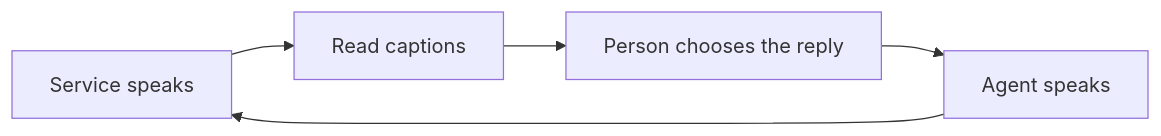
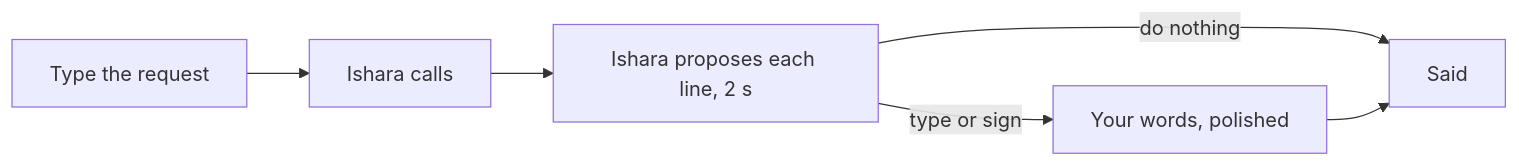
Before and after one commit to BishalJena/ishara: the diagram in docs/demo/SLIDES.md, drawn with Mermaid. The commit also changed other lines of this file and 297 other files, not shown here.

First line of the commit message:
README and docs: the steer call, an animated architecture, the deploy handoff (#110)

````diff
--- a/docs/demo/SLIDES.md
+++ b/docs/demo/SLIDES.md
@@ -19,7 +27,8 @@
 ```mermaid
 flowchart LR
-    R["Service speaks"] --> C["Read captions"]
-    C --> P["Person chooses the reply"]
-    P --> A["Agent speaks"]
-    A --> R
+    R["Type the request"] --> C["Ishara calls"]
+    C --> P["Ishara proposes each line, 2 s"]
+    P -->|"do nothing"| S["Said"]
+    P -->|"type or sign"| Y["Your words, polished"]
+    Y --> S
 ```
````
